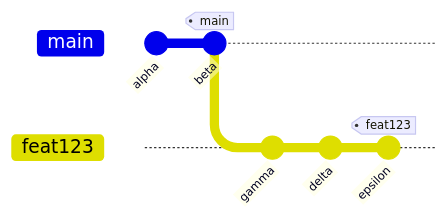
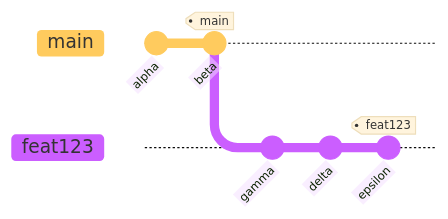
The first of 3 diagrams in docs/en/branches.md (mruonavaara/git-versionhallinta), drawn with Mermaid before and after one commit. The commit also changed other lines of this file and 5 other files, not shown here.

````diff
--- a/docs/en/branches.md
+++ b/docs/en/branches.md
@@ -260,11 +260,15 @@
 ```mermaid
+---
+config:
+    theme: 'base'
+---
 gitGraph
 
 commit id:"alpha"
 commit id:"beta" tag:"main"
 branch feat123
 checkout feat123
 commit id:"gamma"
 commit id:"delta"
 commit id:"epsilon" tag:"feat123"
 ```
````
